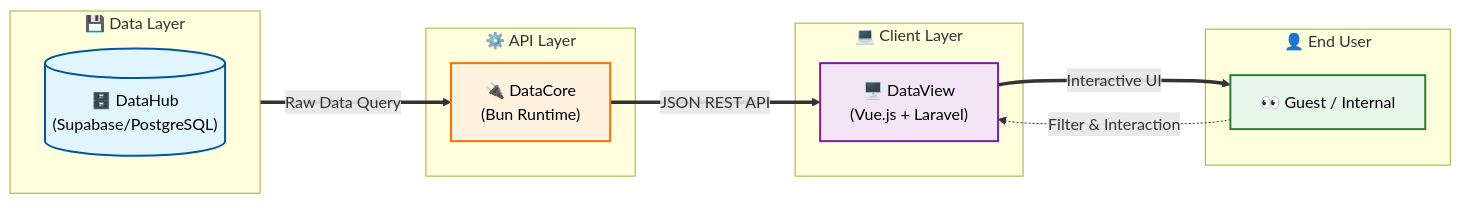
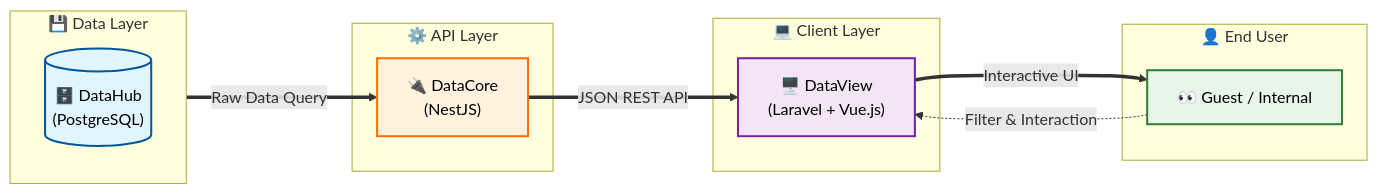
Before and after one commit to ihsan-ramadhan/polban-dataview: the diagram in README.md, drawn with Mermaid. The commit also changed other lines of this file, not shown here.

````diff
--- a/README.md
+++ b/README.md
@@ -68,31 +68,31 @@
 ```mermaid
 flowchart LR
     subgraph DataSource [💾 Data Layer]
         direction TB
-        A[("🗄️ DataHub<br/>(Supabase/PostgreSQL)")]
+        A[("🗄️ DataHub<br/>(PostgreSQL)")]
     end
 
     subgraph Backend [⚙️ API Layer]
-        B["🔌 DataCore<br/>(Bun Runtime)"]
+        B["🔌 DataCore<br/>(NestJS)"]
     end
 
     subgraph Frontend [💻 Client Layer]
-        C["🖥️ DataView<br/>(Vue.js + Laravel)"]
+        C["🖥️ DataView<br/>(Laravel + Vue.js)"]
     end
 
     subgraph User [👤 End User]
         D["👀 Guest / Internal"]
     end
 
     %% Flow
     A ==>|Raw Data Query| B
     B ==>|JSON REST API| C
     C ==>|Interactive UI| D
     D -.->|Filter & Interaction| C
     
     %% Styling
     style A fill:#e1f5fe,stroke:#01579b,stroke-width:2px,color:#000
     style B fill:#fff3e0,stroke:#ff6f00,stroke-width:2px,color:#000
     style C fill:#f3e5f5,stroke:#7b1fa2,stroke-width:2px,color:#000
     style D fill:#e8f5e9,stroke:#2e7d32,stroke-width:2px,color:#000
 ```
````
